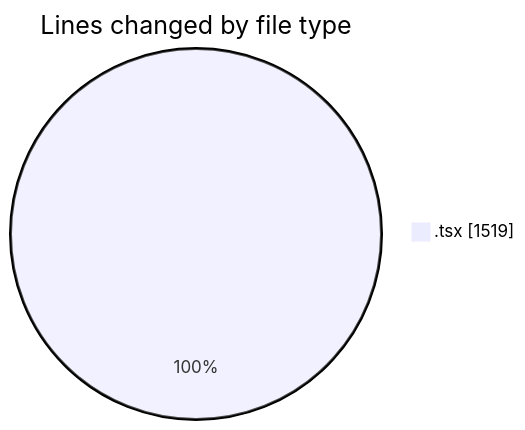
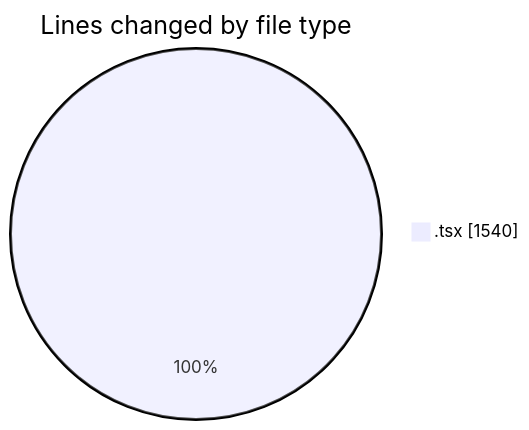
One commit to nxtqubesakshisongat/code-tracking changed the first of 2 diagrams in 2026-06-16/nxtqube_webapp/README.md. Above: the diagram before and after it, drawn with Mermaid. The commit also changed other lines of this file and 1 other file, not shown here.

````diff
--- a/2026-06-16/nxtqube_webapp/README.md
+++ b/2026-06-16/nxtqube_webapp/README.md
@@ -22,5 +22,5 @@
 ```mermaid
 pie showData
 title Lines changed by file type
-".tsx" : 1519
+".tsx" : 1540
 ```
````
